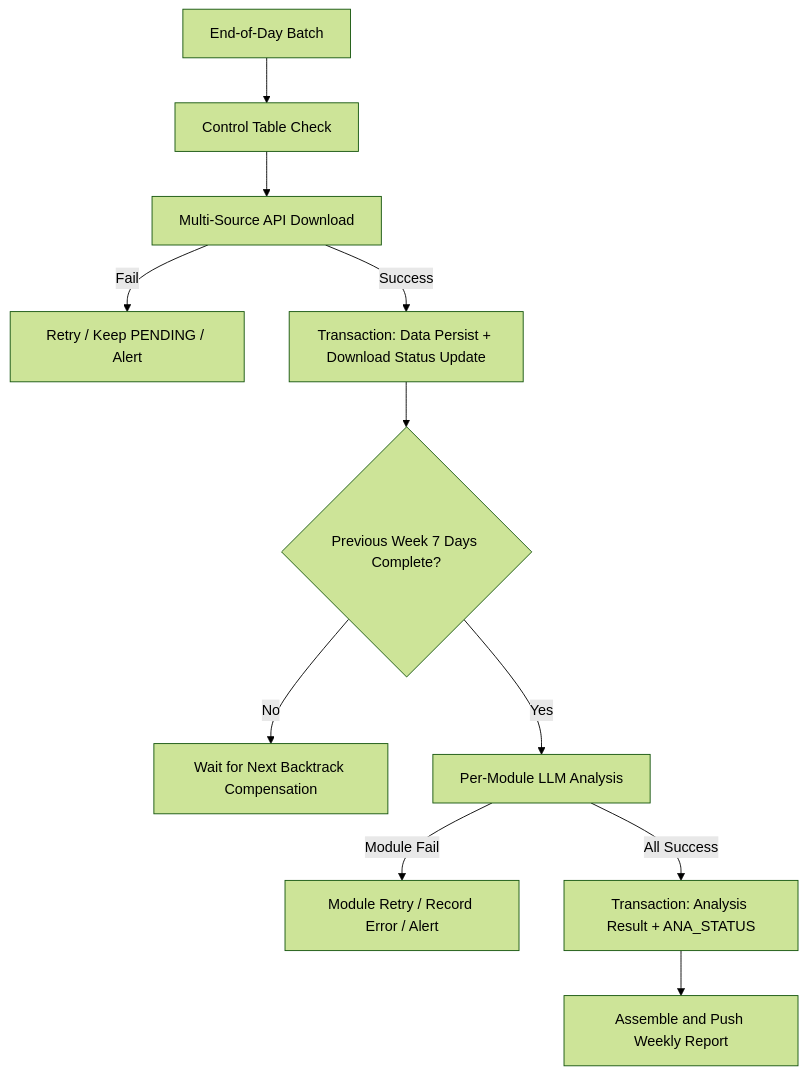
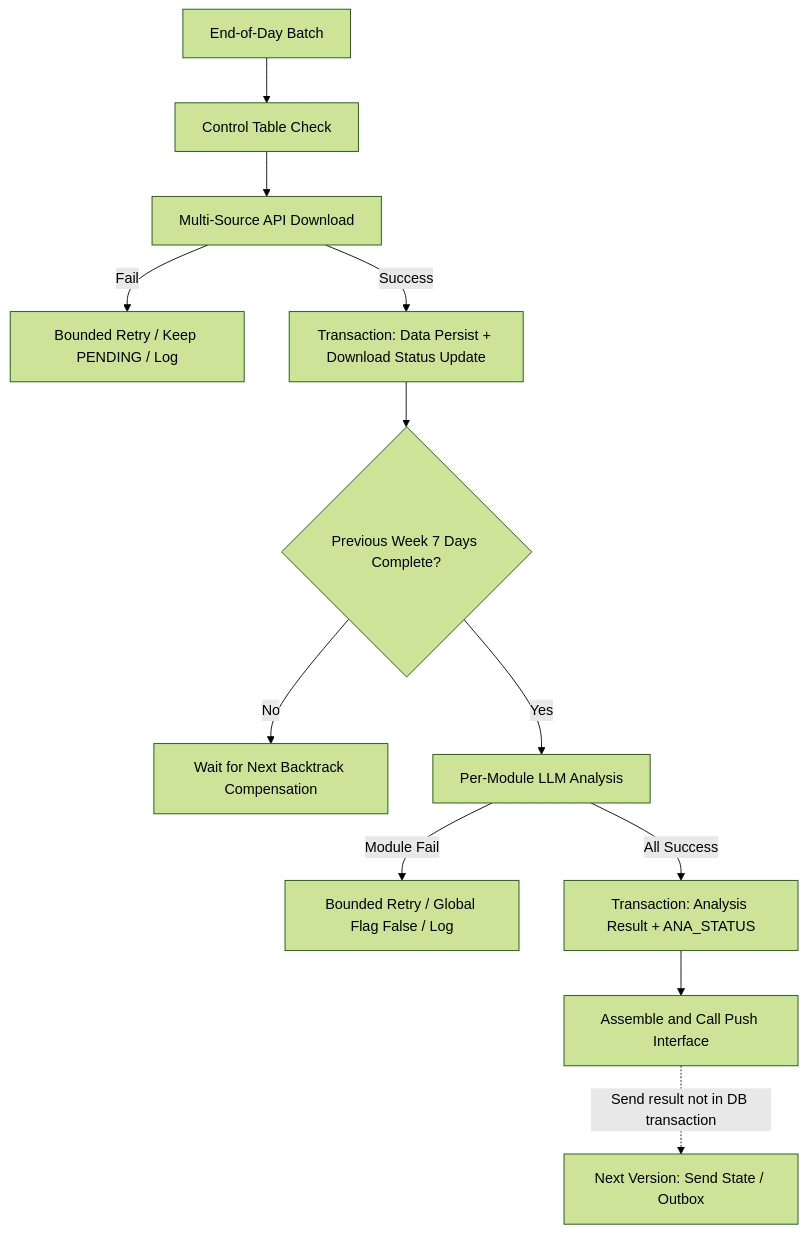
One commit to PorunC/interview changed diagram 13 of 20 in 问题/05-英文面试/三项目与Agent系统设计-英文.md. Above: the diagram before and after it, drawn with Mermaid (forest theme). The commit also changed other lines of this file and 27 other files, not shown here.

````diff
--- a/问题/05-英文面试/三项目与Agent系统设计-英文.md
+++ b/问题/05-英文面试/三项目与Agent系统设计-英文.md
@@ -540,13 +550,14 @@
 ```mermaid
 flowchart TD
     Start["End-of-Day Batch"] --> Ctrl["Control Table Check"]
     Ctrl --> API["Multi-Source API Download"]
-    API -->|Fail| RetryAPI["Retry / Keep PENDING / Alert"]
+    API -->|Fail| RetryAPI["Bounded Retry / Keep PENDING / Log"]
     API -->|Success| Tx1["Transaction: Data Persist + Download Status Update"]
     Tx1 --> Complete{"Previous Week 7 Days Complete?"}
     Complete -- No --> Wait["Wait for Next Backtrack Compensation"]
     Complete -- Yes --> Mod["Per-Module LLM Analysis"]
-    Mod -->|Module Fail| RetryLLM["Module Retry / Record Error / Alert"]
+    Mod -->|Module Fail| RetryLLM["Bounded Retry / Global Flag False / Log"]
     Mod -->|All Success| Tx2["Transaction: Analysis Result + ANA_STATUS"]
-    Tx2 --> Push["Assemble and Push Weekly Report"]
+    Tx2 --> Push["Assemble and Call Push Interface"]
+    Push -. "Send result not in DB transaction" .-> Gap["Next Version: Send State / Outbox"]
 ```
````
